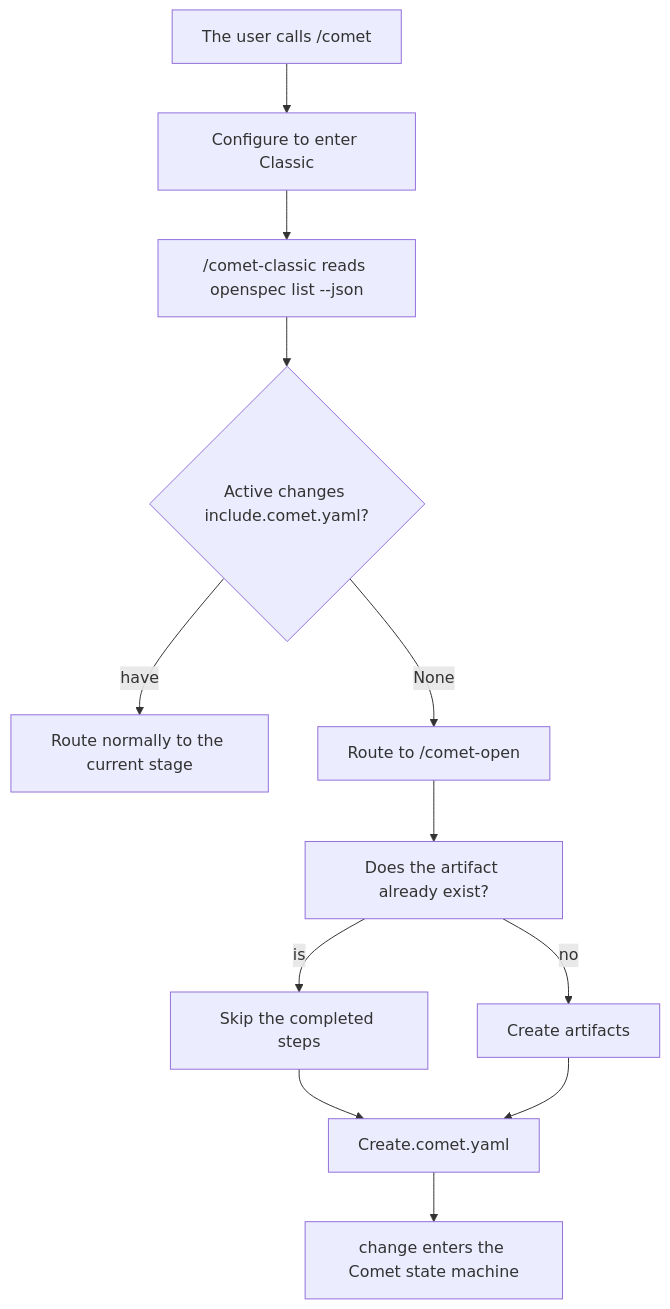
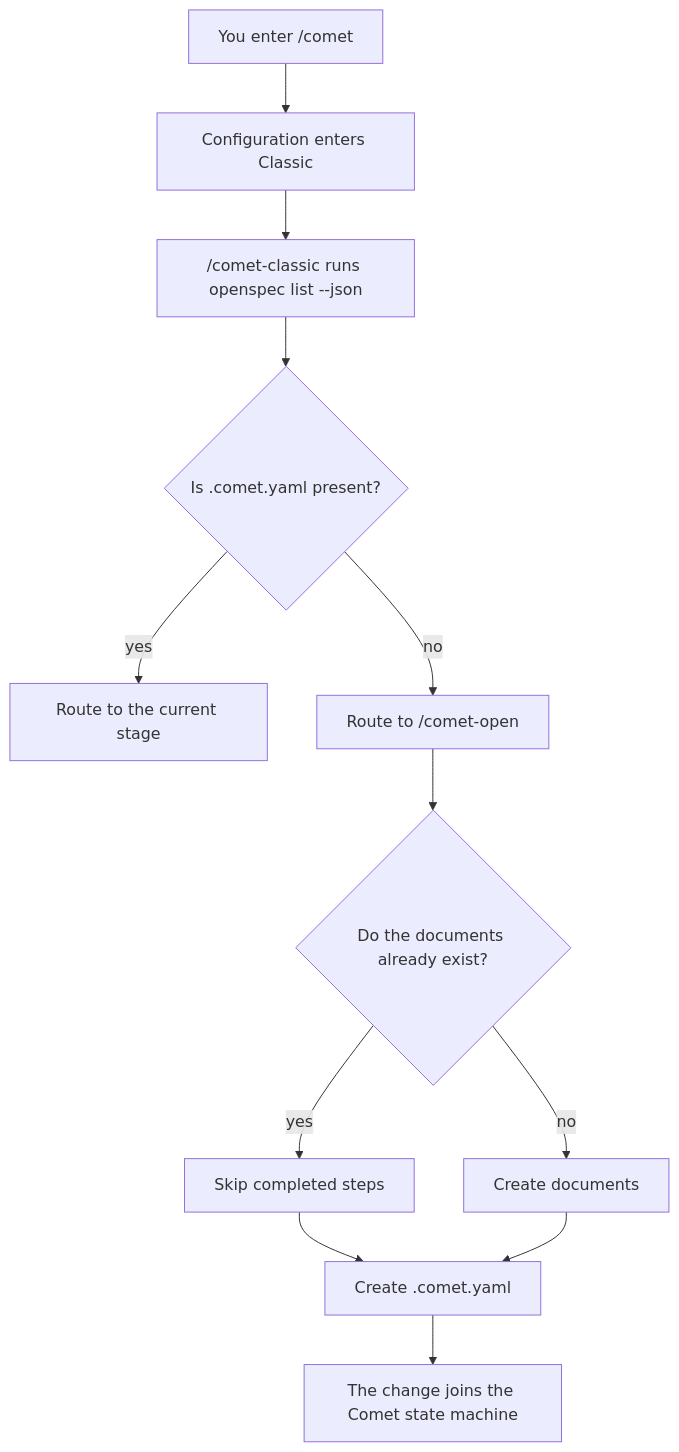
Before and after one commit to rpamis/comet-website-docs: the second of 2 diagrams in en/guides/existing-project.mdx, drawn with Mermaid. The commit also changed other lines of this file and 51 other files, not shown here.

First line of the commit message:
docs: clean up historical machine-translation artifacts in en docs

````diff
--- a/en/guides/existing-project.mdx
+++ b/en/guides/existing-project.mdx
@@ -141,14 +139,14 @@
 ```mermaid
 flowchart TD
-  A["The user calls /comet"] --> B["Configure to enter Classic"]
-  B --> C["/comet-classic reads openspec list --json"]
-  C --> D{"Active changes include.comet.yaml?"}
-  D -->|have| E["Route normally to the current stage"]
-  D -->|None| F["Route to /comet-open"]
-  F --> G["Does the artifact already exist?"]
-  G -->|is| H["Skip the completed steps"]
-  G -->|no| I["Create artifacts"]
-  H --> J["Create.comet.yaml"]
+  A["You enter /comet"] --> B["Configuration enters Classic"]
+  B --> C["/comet-classic runs openspec list --json"]
+  C --> D{"Is .comet.yaml present?"}
+  D -->|yes| E["Route to the current stage"]
+  D -->|no| F["Route to /comet-open"]
+  F --> G{"Do the documents already exist?"}
+  G -->|yes| H["Skip completed steps"]
+  G -->|no| I["Create documents"]
+  H --> J["Create .comet.yaml"]
   I --> J
-  J --> K["change enters the Comet state machine"]
+  J --> K["The change joins the Comet state machine"]
 ```
````
